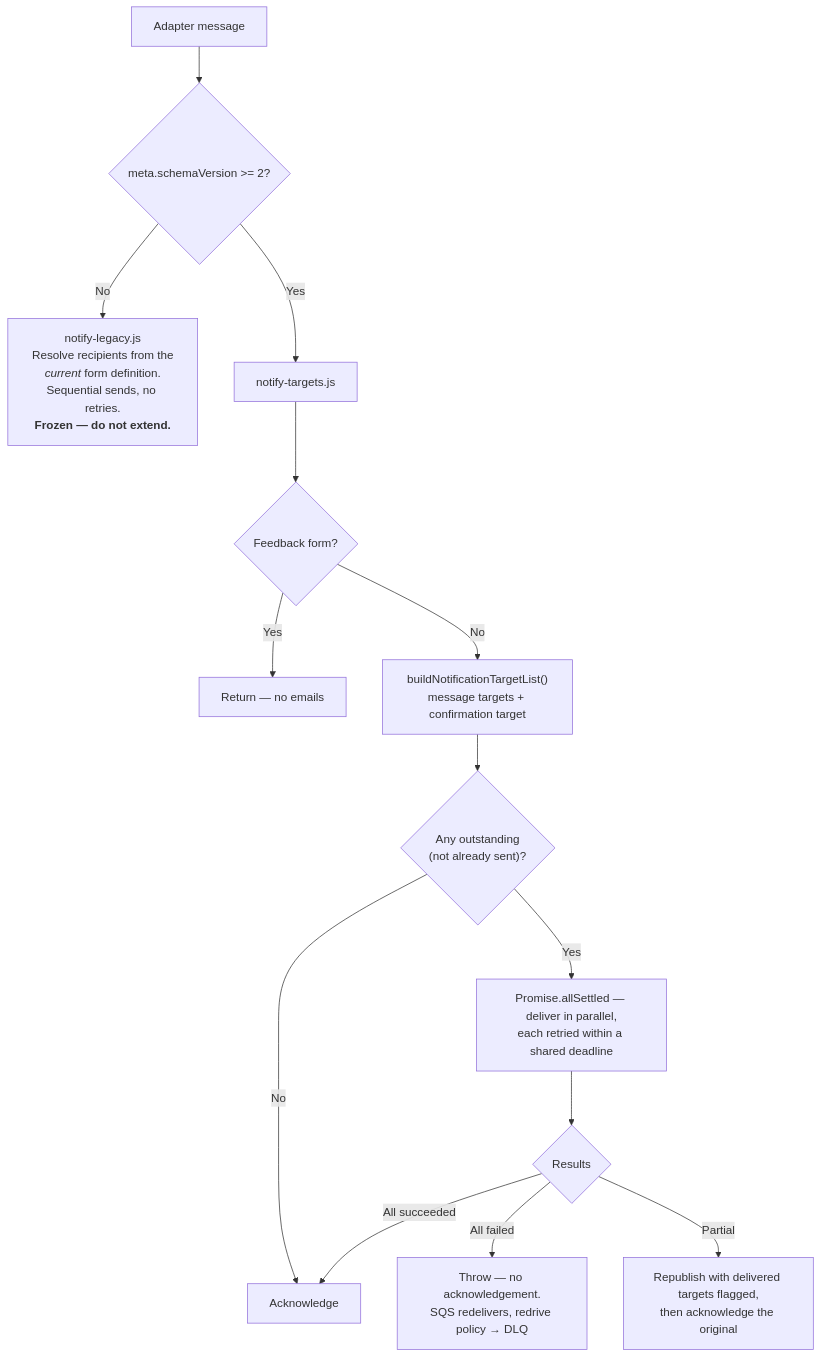
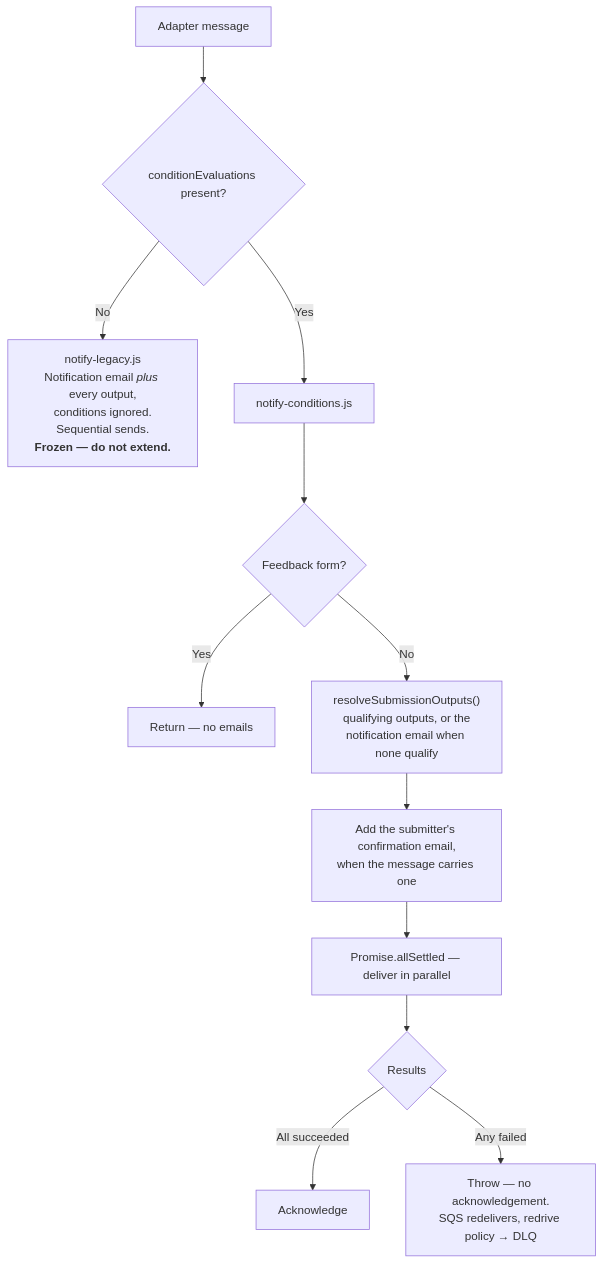
Before and after one commit to DEFRA/forms-designer: the sixth of 6 diagrams in docs/conditional-emails.md, drawn with Mermaid. The commit also changed other lines of this file and 3 other files, not shown here.

````diff
--- a/docs/conditional-emails.md
+++ b/docs/conditional-emails.md
@@ -403,16 +384,14 @@
 ```mermaid
 flowchart TD
-    MSG["Adapter message"] --> V{"meta.schemaVersion >= 2?"}
-    V -->|No| LEG["notify-legacy.js<br/>Resolve recipients from the<br/><i>current</i> form definition.<br/>Sequential sends, no retries.<br/><b>Frozen — do not extend.</b>"]
-    V -->|Yes| TGT["notify-targets.js"]
+    MSG["Adapter message"] --> V{"conditionEvaluations present?"}
+    V -->|No| LEG["notify-legacy.js<br/>Notification email <i>plus</i> every output,<br/>conditions ignored.<br/>Sequential sends.<br/><b>Frozen — do not extend.</b>"]
+    V -->|Yes| TGT["notify-conditions.js"]
     TGT --> FB{"Feedback form?"}
     FB -->|Yes| SKIP["Return — no emails"]
-    FB -->|No| BUILD["buildNotificationTargetList()<br/>message targets + confirmation target"]
-    BUILD --> OUT{"Any outstanding<br/>(not already sent)?"}
-    OUT -->|No| DONE["Acknowledge"]
-    OUT -->|Yes| SEND["Promise.allSettled — deliver in parallel,<br/>each retried within a shared deadline"]
+    FB -->|No| BUILD["resolveSubmissionOutputs()<br/>qualifying outputs, or the<br/>notification email when none qualify"]
+    BUILD --> ADD["Add the submitter's confirmation email,<br/>when the message carries one"]
+    ADD --> SEND["Promise.allSettled — deliver in parallel"]
     SEND --> R{"Results"}
-    R -->|All succeeded| DONE
-    R -->|All failed| THROW["Throw — no acknowledgement.<br/>SQS redelivers, redrive policy → DLQ"]
-    R -->|Partial| REQ["Republish with delivered targets flagged,<br/>then acknowledge the original"]
+    R -->|All succeeded| DONE["Acknowledge"]
+    R -->|Any failed| THROW["Throw — no acknowledgement.<br/>SQS redelivers, redrive policy → DLQ"]
 ```
````
